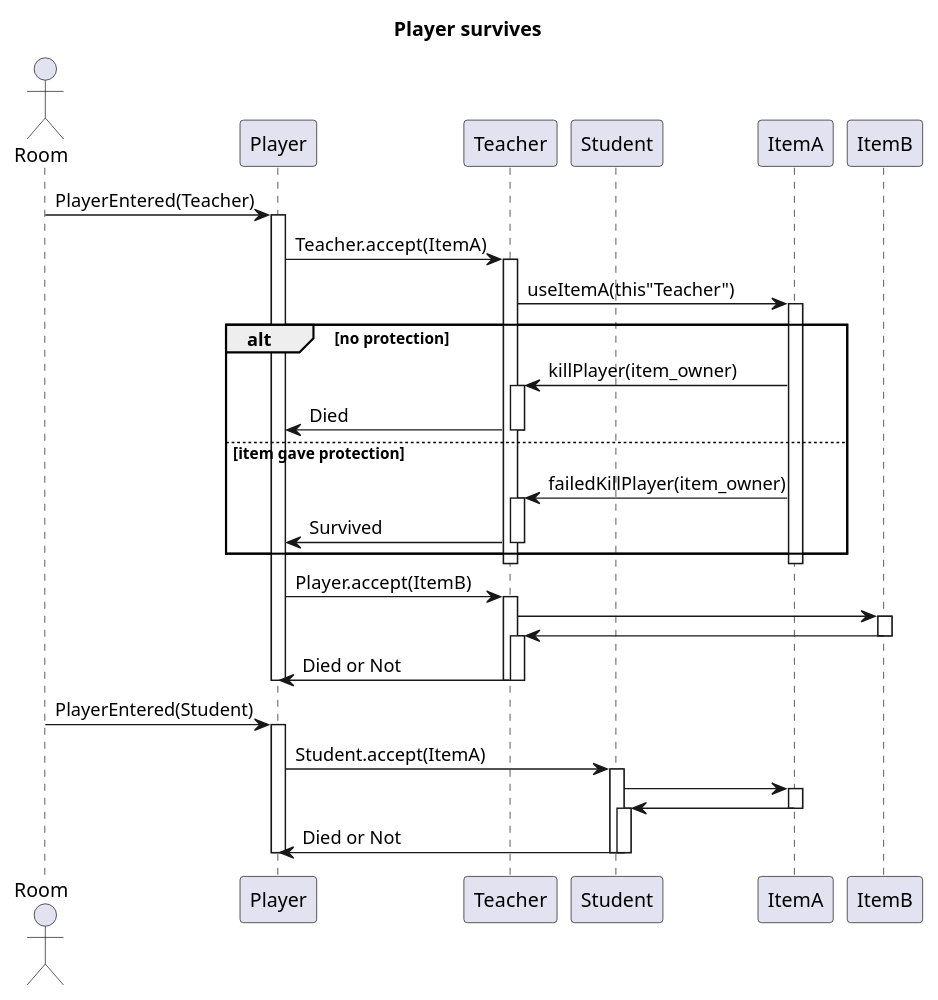
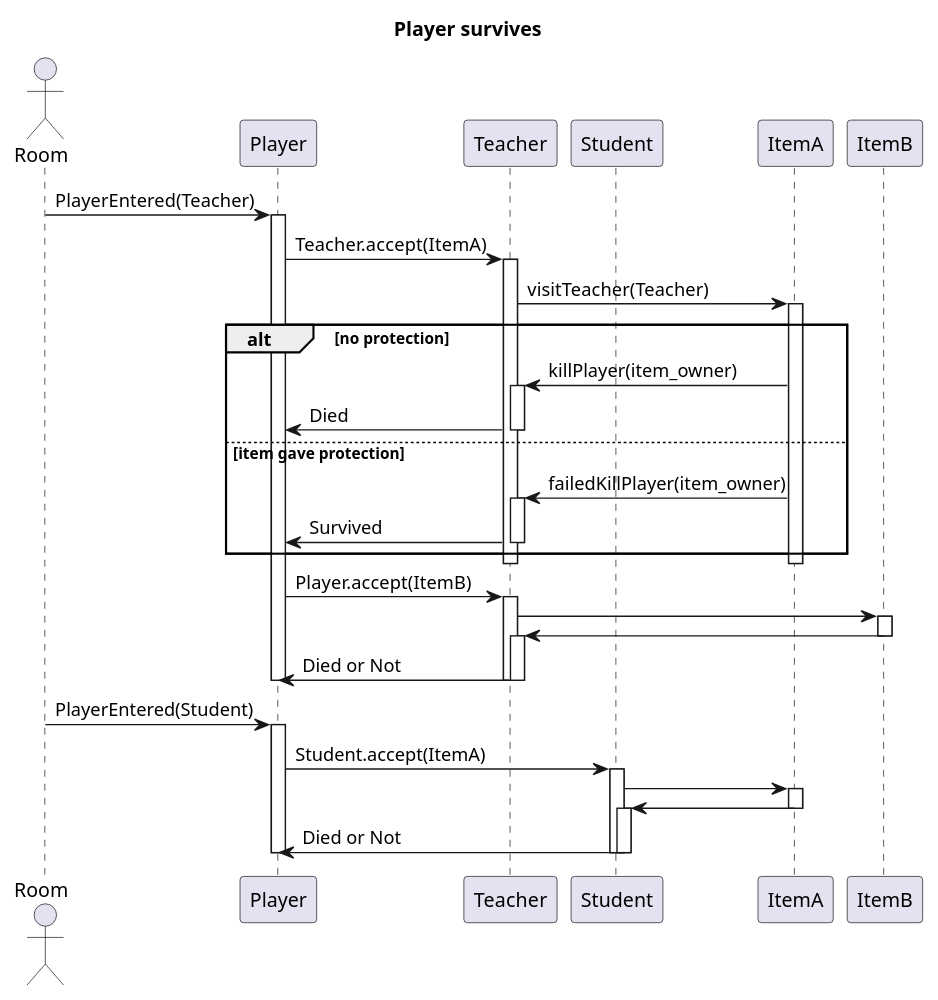
Before and after one commit to MBakter/echo: the diagram in docs/player_survives.plantuml, drawn with PlantUML.

```diff
--- a/docs/player_survives.plantuml
+++ b/docs/player_survives.plantuml
@@ -2,70 +2,70 @@
 @startuml
 title Player survives
 actor Room
  
 participant Room order 10
 participant Player order 20
 participant Teacher order 30
 participant Student order 40
 participant ItemA order 50
 participant ItemB order 60
  
     Room -> Player : PlayerEntered(Teacher)
 activate Player
 
         Player -> Teacher : Teacher.accept(ItemA)
         activate Teacher
 
-            Teacher -> ItemA : useItemA(this"Teacher")
+            Teacher -> ItemA : visitTeacher(Teacher)
             activate ItemA
                 alt no protection
                     Teacher <- ItemA : killPlayer(item_owner)
                     activate Teacher
                         Teacher -> Player : Died
                     deactivate Teacher
                 else  item gave protection
                     Teacher <- ItemA : failedKillPlayer(item_owner)
                     activate Teacher
                         Teacher -> Player : Survived
                     deactivate Teacher
                 end
             deactivate ItemA
 
             activate Teacher
                 
                 
             deactivate Teacher
         deactivate Teacher
 
 
         Player -> Teacher : Player.accept(ItemB)
         activate Teacher
             Teacher -> ItemB 
             activate ItemB
                 Teacher <- ItemB
             deactivate ItemB
 
             activate Teacher
                 Teacher -> Player : Died or Not
             deactivate Teacher
         deactivate Teacher
 deactivate Player
 
     Room -> Player : PlayerEntered(Student)
     activate Player
         Player -> Student : Student.accept(ItemA)
         activate Student
         
             Student -> ItemA 
             activate ItemA
                 Student <- ItemA
             deactivate ItemA
 
             activate Student
                 Student -> Player : Died or Not
             deactivate Student
 
         deactivate Student
 deactivate Player
 
 @enduml
```
